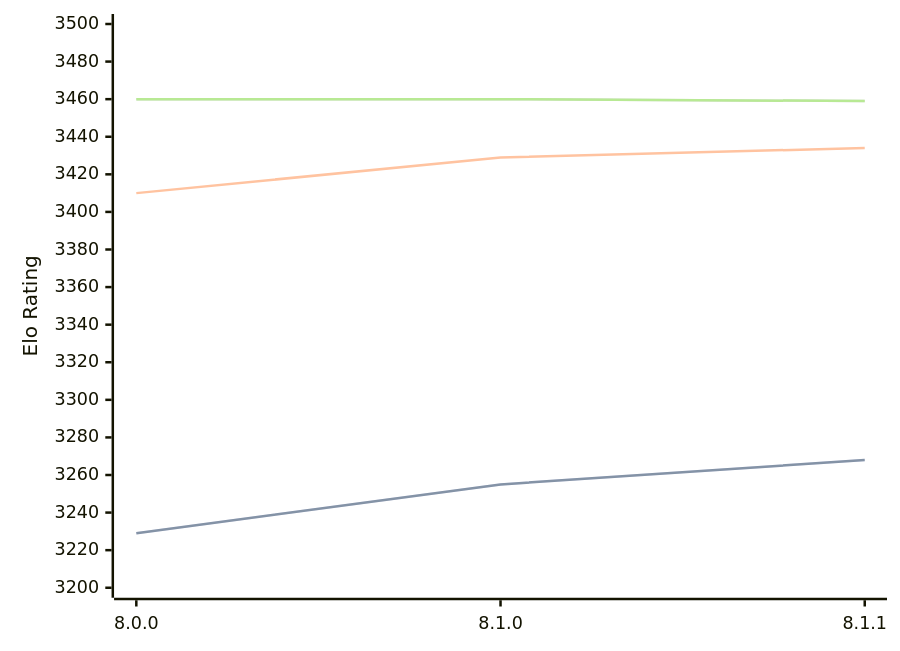
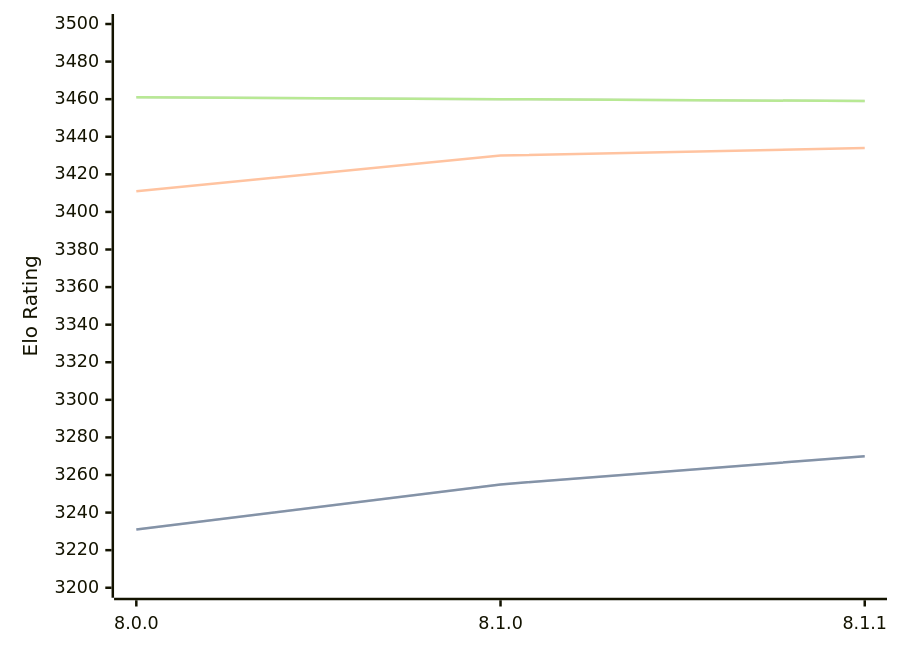
One commit to computer-chess-index/cci changed the diagram in engines/Velvet.md. Above: the diagram before and after it, drawn with Mermaid. The commit also changed other lines of this file, not shown here.

Commit message:
Update CCI Ratings (ELO VLTC) - 2026-08-05

````diff
--- a/engines/Velvet.md
+++ b/engines/Velvet.md
@@ -57,11 +57,11 @@
 ```mermaid
 %%{init: {"theme":"base","themeVariables":{"seriesColors:['#a3a3a3','#222221','#faa371']}}}%%
 xychart-beta
   x-axis ["8.0.0", "8.1.0", "8.1.1"]
   y-axis "Elo Rating" 3200 --> 3500
-  line "STC (8.0+0.08s)" [3229, 3255, 3268]
-  line "STC (8.0+0.08s)" [3229, 3255, 3268]
-  line "LTC (60.0+0.60s)" [3410, 3429, 3434]
-  line "VLTC (2m24s+1.12s)" [3460, 3460, 3459]
-  line "VLTC (2m24s+1.12s)" [3460, 3460, 3459]
+  line "STC (8.0+0.08s)" [3231, 3255, 3270]
+  line "STC (8.0+0.08s)" [3231, 3255, 3270]
+  line "LTC (60.0+0.60s)" [3411, 3430, 3434]
+  line "VLTC (2m24s+1.12s)" [3461, 3460, 3459]
+  line "VLTC (2m24s+1.12s)" [3461, 3460, 3459]
 ```
````
